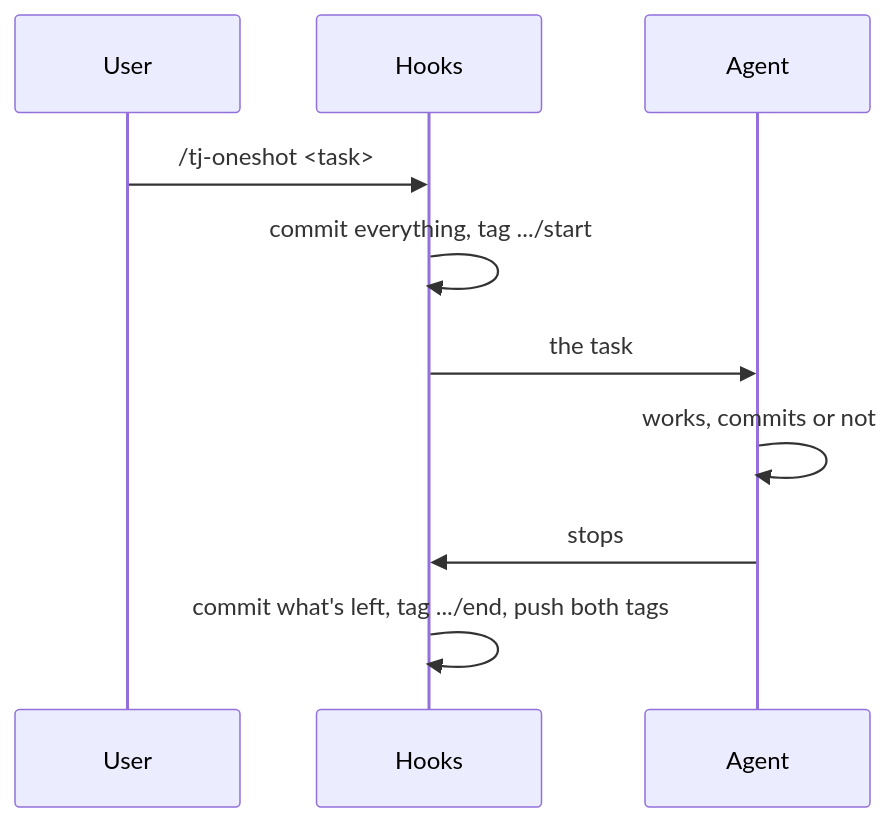
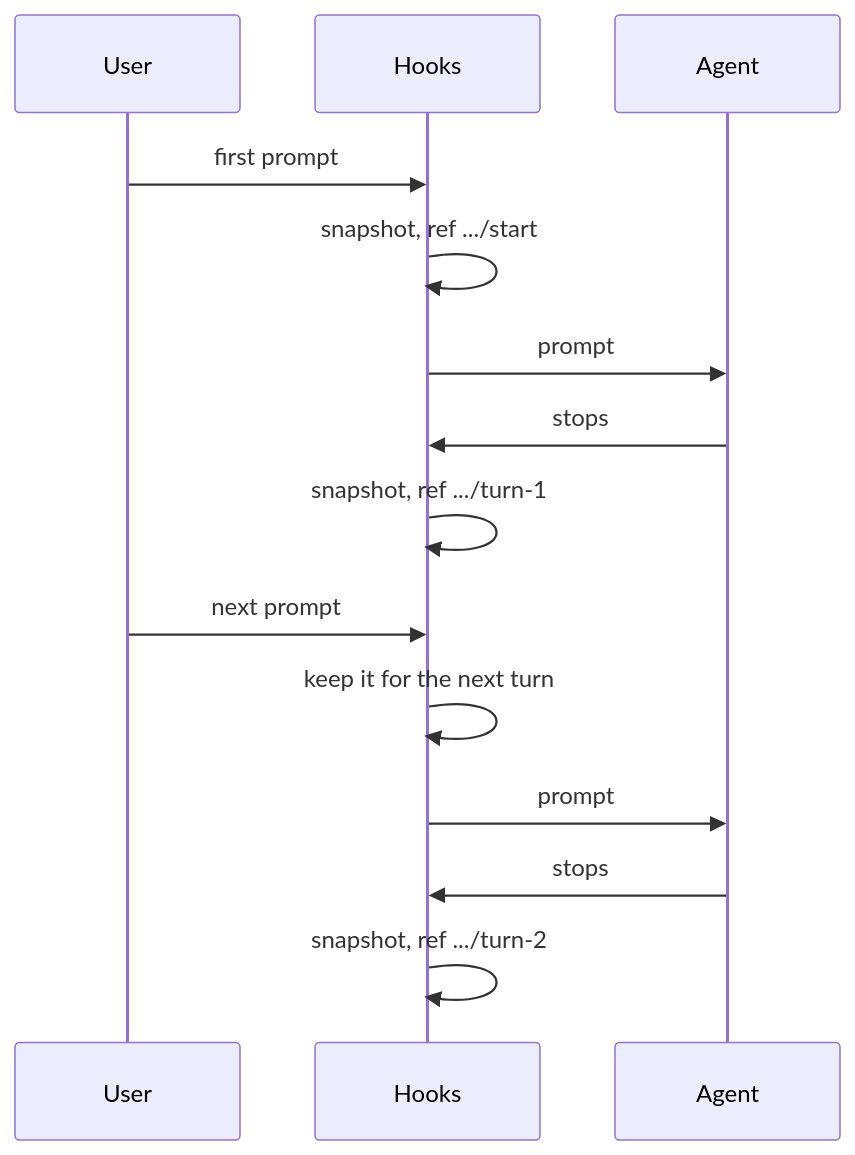
One commit to dwjohnston/thunderjar changed the diagram in plugins/thunderjar/README.md. Above: the diagram before and after it, drawn with Mermaid. The commit also changed other lines of this file and 11 other files, not shown here.

````diff
--- a/plugins/thunderjar/README.md
+++ b/plugins/thunderjar/README.md
@@ -48,12 +58,16 @@
 ```mermaid
 sequenceDiagram
     participant U as User
     participant H as Hooks
     participant A as Agent
-    U->>H: /tj-oneshot <task>
-    H->>H: commit everything, tag .../start
-    H->>A: the task
-    A->>A: works, commits or not
+    U->>H: first prompt
+    H->>H: snapshot, ref .../start
+    H->>A: prompt
     A->>H: stops
-    H->>H: commit what's left, tag .../end, push both tags
+    H->>H: snapshot, ref .../turn-1
+    U->>H: next prompt
+    H->>H: keep it for the next turn
+    H->>A: prompt
+    A->>H: stops
+    H->>H: snapshot, ref .../turn-2
 ```
````
